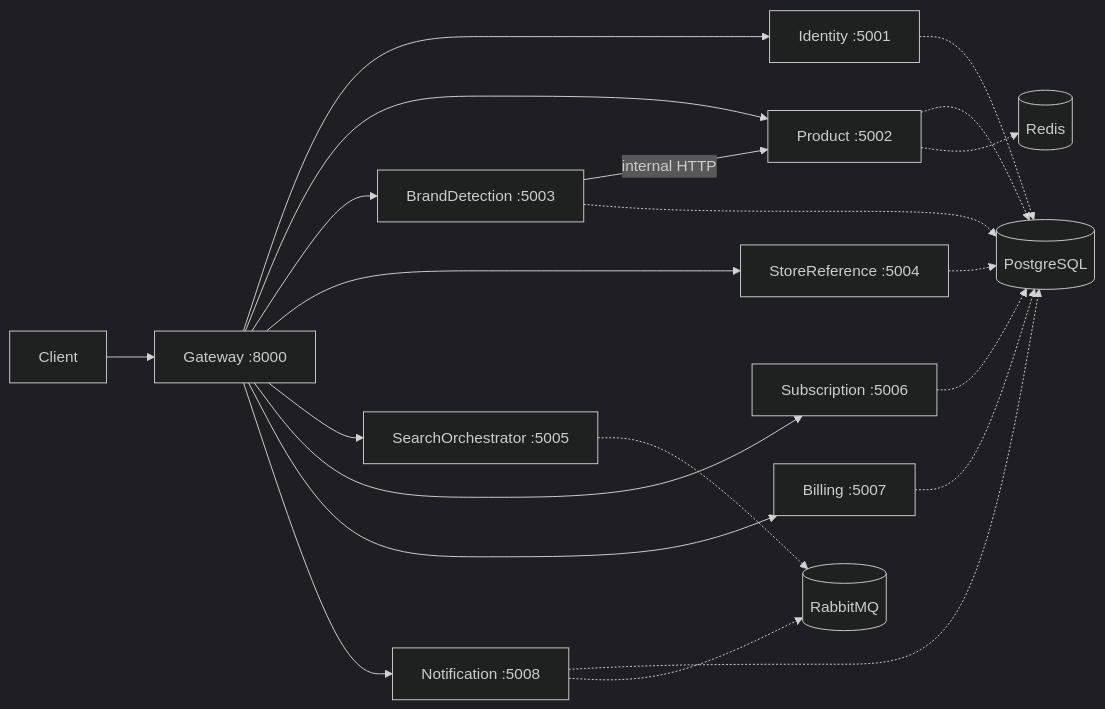
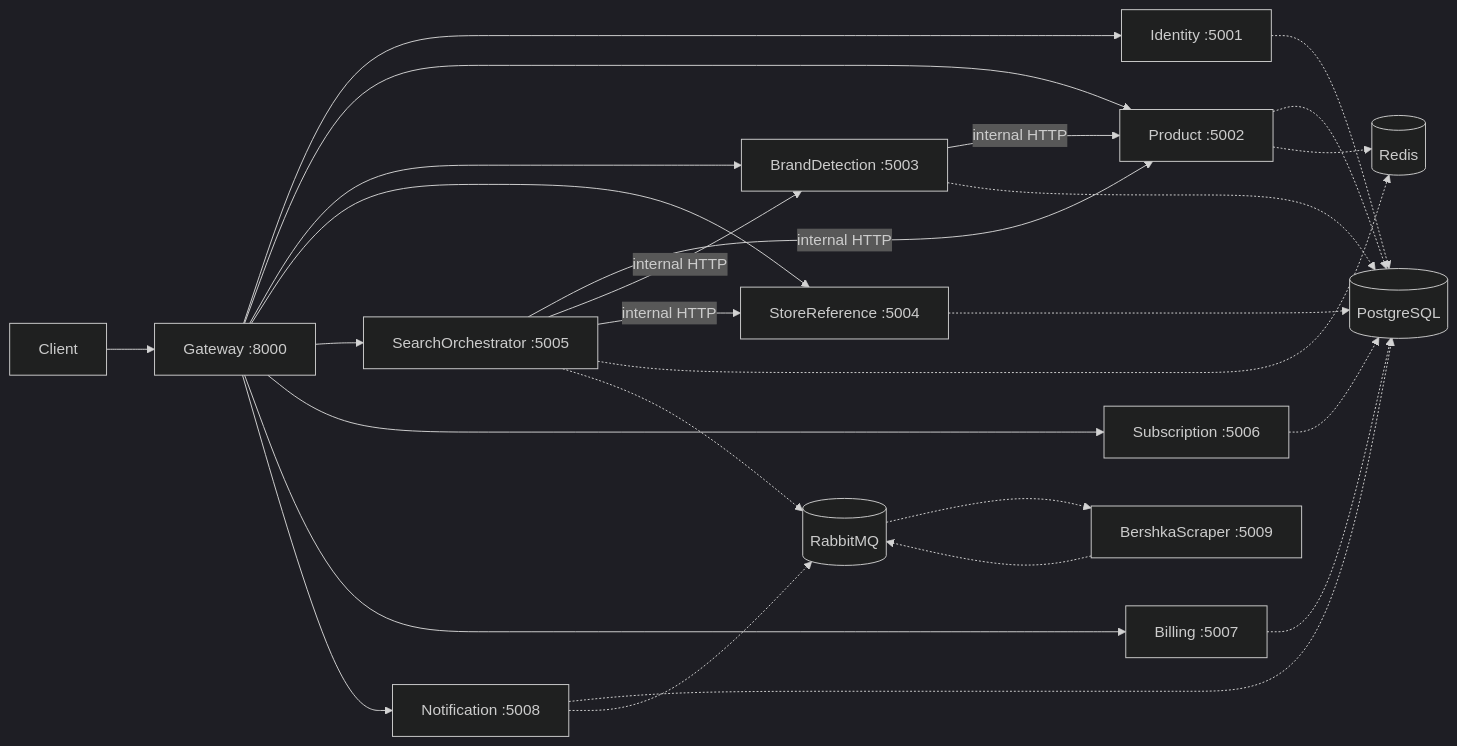
Before and after one commit to hnbirsen/StockTracker: the diagram in README.md, drawn with Mermaid (dark theme). The commit also changed other lines of this file and 19 other files, not shown here.

````diff
--- a/README.md
+++ b/README.md
@@ -25,27 +25,33 @@
 ```mermaid
 flowchart LR
     Client[Client] --> Gateway[Gateway :8000]
 
     Gateway --> Identity[Identity :5001]
     Gateway --> Product[Product :5002]
     Gateway --> Brand[BrandDetection :5003]
     Gateway --> Store[StoreReference :5004]
     Gateway --> Search[SearchOrchestrator :5005]
     Gateway --> Subscription[Subscription :5006]
     Gateway --> Billing[Billing :5007]
     Gateway --> Notification[Notification :5008]
 
     Brand -->|internal HTTP| Product
+    Search -->|internal HTTP| Product
+    Search -->|internal HTTP| Brand
+    Search -->|internal HTTP| Store
 
     Identity -.-> PG[(PostgreSQL)]
     Product -.-> PG
     Brand -.-> PG
     Store -.-> PG
     Subscription -.-> PG
     Billing -.-> PG
     Notification -.-> PG
 
     Product -.-> Redis[(Redis)]
+    Search -.-> Redis
     Search -.-> MQ[(RabbitMQ)]
     Notification -.-> MQ
+    MQ -.-> Scraper[BershkaScraper :5009]
+    Scraper -.-> MQ
 ```
````
